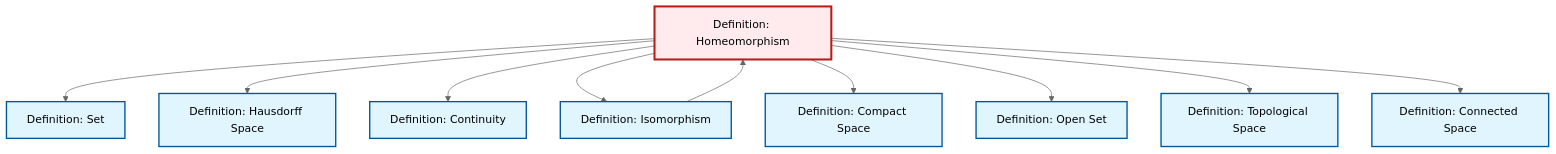
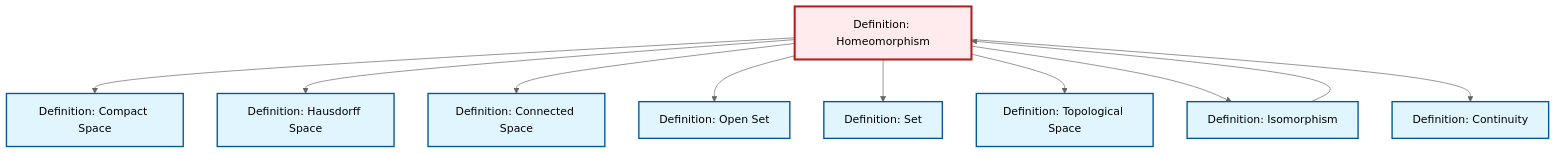
Before and after one commit to RK0429/ModernMath: the diagram in content/en/topology/def-homeomorphism.qmd, drawn with Mermaid (neutral theme). The commit also changed other lines of this file and 531 other files, not shown here.

````diff
--- a/content/en/topology/def-homeomorphism.qmd
+++ b/content/en/topology/def-homeomorphism.qmd
@@ -99,36 +99,36 @@
 ```{mermaid}
 %%| fig-cap: "Local dependency graph"
 graph TD
     classDef definition fill:#e1f5fe,stroke:#01579b,stroke-width:2px
     classDef theorem fill:#f3e5f5,stroke:#4a148c,stroke-width:2px
     classDef axiom fill:#fff3e0,stroke:#e65100,stroke-width:2px
     classDef example fill:#e8f5e9,stroke:#1b5e20,stroke-width:2px
     classDef current fill:#ffebee,stroke:#b71c1c,stroke-width:3px
-    def-compact["Definition: Compact Space"]:::definition
-    def-hausdorff["Definition: Hausdorff Space"]:::definition
     def-set["Definition: Set"]:::definition
     def-homeomorphism["Definition: Homeomorphism"]:::definition
+    def-compact["Definition: Compact Space"]:::definition
+    def-topological-space["Definition: Topological Space"]:::definition
+    def-open-set["Definition: Open Set"]:::definition
+    def-connected["Definition: Connected Space"]:::definition
+    def-hausdorff["Definition: Hausdorff Space"]:::definition
+    def-continuity["Definition: Continuity"]:::definition
     def-isomorphism["Definition: Isomorphism"]:::definition
-    def-continuity["Definition: Continuity"]:::definition
-    def-topological-space["Definition: Topological Space"]:::definition
-    def-connected["Definition: Connected Space"]:::definition
-    def-open-set["Definition: Open Set"]:::definition
+    def-homeomorphism --> def-compact
+    def-homeomorphism --> def-hausdorff
+    def-homeomorphism --> def-connected
+    def-homeomorphism --> def-open-set
     def-homeomorphism --> def-set
+    def-homeomorphism --> def-topological-space
+    def-homeomorphism --> def-isomorphism
+    def-homeomorphism --> def-continuity
     def-isomorphism --> def-homeomorphism
-    def-homeomorphism --> def-hausdorff
-    def-homeomorphism --> def-continuity
-    def-homeomorphism --> def-isomorphism
-    def-homeomorphism --> def-compact
-    def-homeomorphism --> def-open-set
-    def-homeomorphism --> def-topological-space
-    def-homeomorphism --> def-connected
     class def-homeomorphism current
+    click def-set "def-set.html" "Go to Set definition"
     click def-compact "def-compact.html" "Go to Compact Space definition"
+    click def-topological-space "def-topological-space.html" "Go to Topological Space definition"
+    click def-open-set "def-open-set.html" "Go to Open Set definition"
+    click def-connected "def-connected.html" "Go to Connected Space definition"
     click def-hausdorff "def-hausdorff.html" "Go to Hausdorff Space definition"
-    click def-set "def-set.html" "Go to Set definition"
+    click def-continuity "def-continuity.html" "Go to Continuity definition"
     click def-isomorphism "def-isomorphism.html" "Go to Isomorphism definition"
-    click def-continuity "def-continuity.html" "Go to Continuity definition"
-    click def-topological-space "def-topological-space.html" "Go to Topological Space definition"
-    click def-connected "def-connected.html" "Go to Connected Space definition"
-    click def-open-set "def-open-set.html" "Go to Open Set definition"
 ```
````
